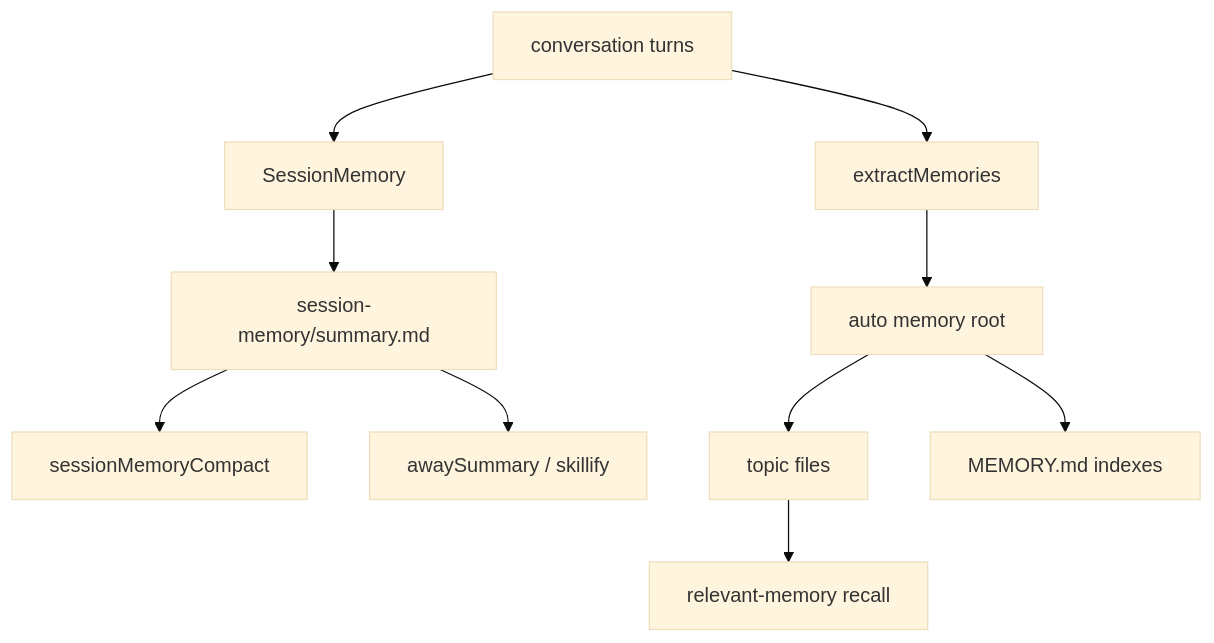
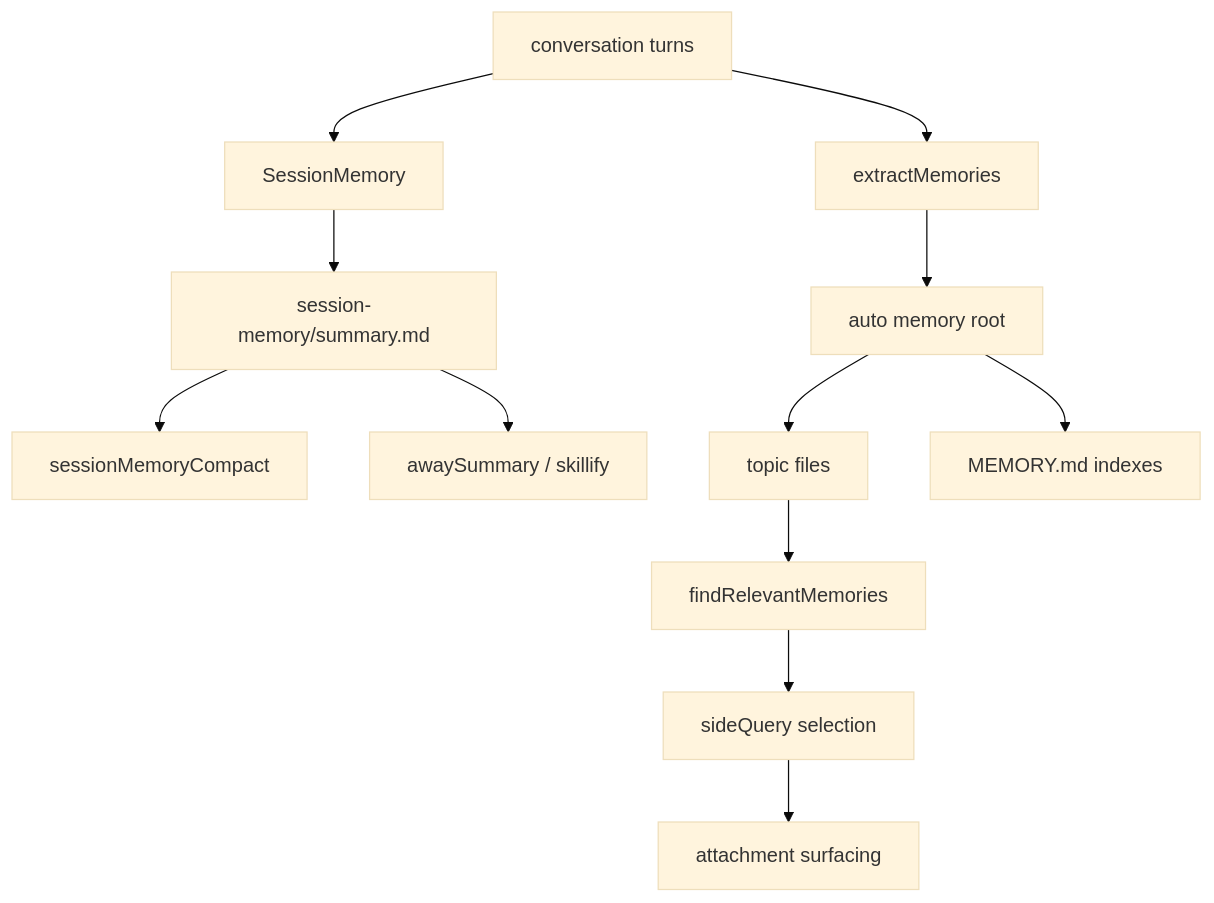
One commit to Boulea7/ClaudeCode-Source-DeepDive changed the first of 2 diagrams in MODULES/03-persistent-memory-system/DEEP/README.md. Above: the diagram before and after it, drawn with Mermaid (base theme). The commit also changed other lines of this file and 5 other files, not shown here.

````diff
--- a/MODULES/03-persistent-memory-system/DEEP/README.md
+++ b/MODULES/03-persistent-memory-system/DEEP/README.md
@@ -230,12 +245,14 @@
 ```mermaid
 flowchart TD
     A[conversation turns] --> B[SessionMemory]
     A --> C[extractMemories]
     B --> D[session-memory/summary.md]
     D --> E[sessionMemoryCompact]
     D --> F[awaySummary / skillify]
     C --> G[auto memory root]
     G --> H[topic files]
     G --> I[MEMORY.md indexes]
-    H --> J[relevant-memory recall]
+    H --> J[findRelevantMemories]
+    J --> K[sideQuery selection]
+    K --> L[attachment surfacing]
 ```
````
